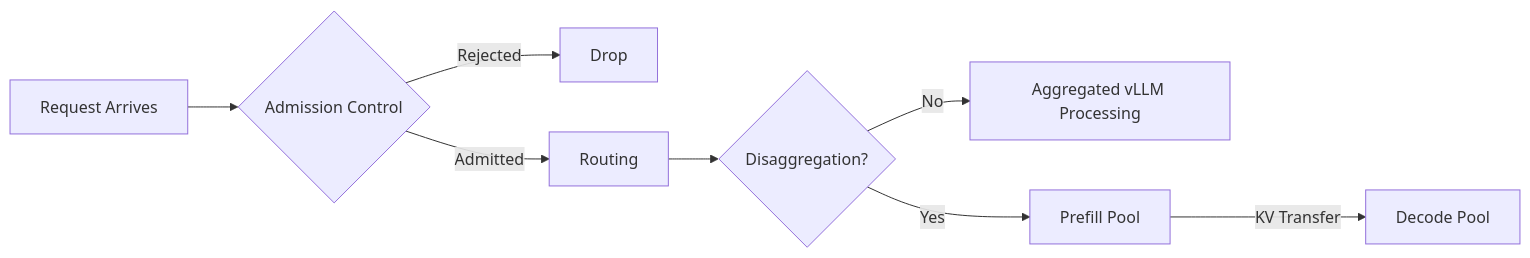
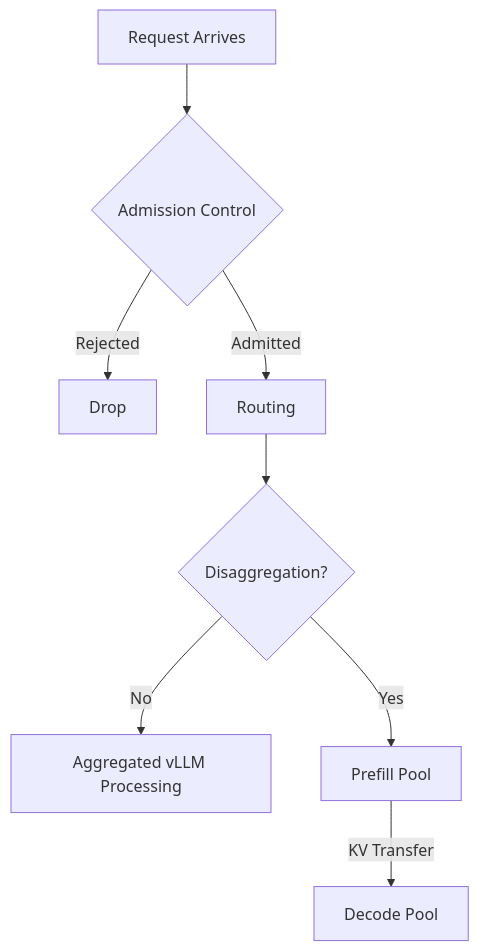
The third of 3 diagrams in docs/blog/posts/building-trust-physics-of-simulation.md (inference-sim/inference-sim), drawn with Mermaid before and after one commit.

Commit message:
docs(blog): change Layer 2 diagram to vertical layout
Change Layer 2 mermaid diagram from horizontal (LR) to vertical (TB)
layout for better visual flow.

````diff
--- a/docs/blog/posts/building-trust-physics-of-simulation.md
+++ b/docs/blog/posts/building-trust-physics-of-simulation.md
@@ -135,10 +135,10 @@
 ```mermaid
-graph LR
+graph TB
     A[Request Arrives] --> B{Admission Control}
     B -->|Rejected| X[Drop]
     B -->|Admitted| C[Routing]
     C --> D{Disaggregation?}
     D -->|No| E[Aggregated vLLM Processing]
     D -->|Yes| F[Prefill Pool]
     F -->|KV Transfer| G[Decode Pool]
 ```
````
